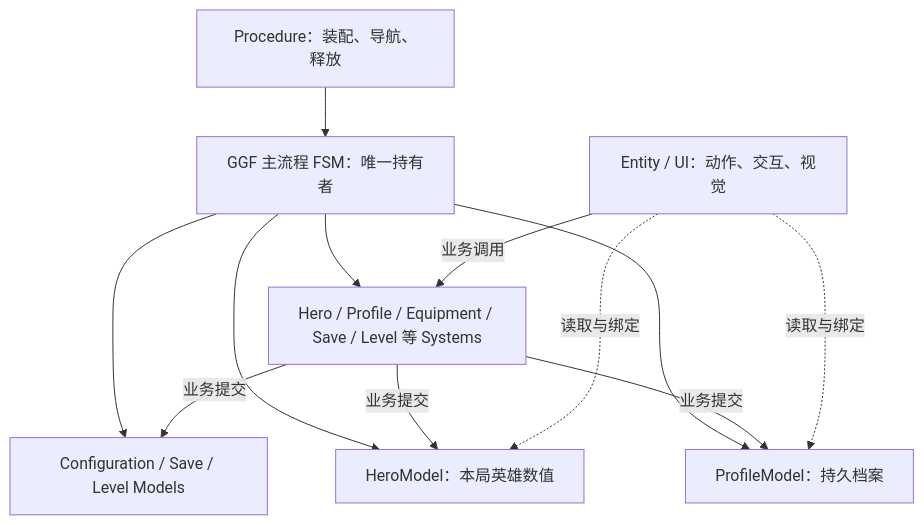
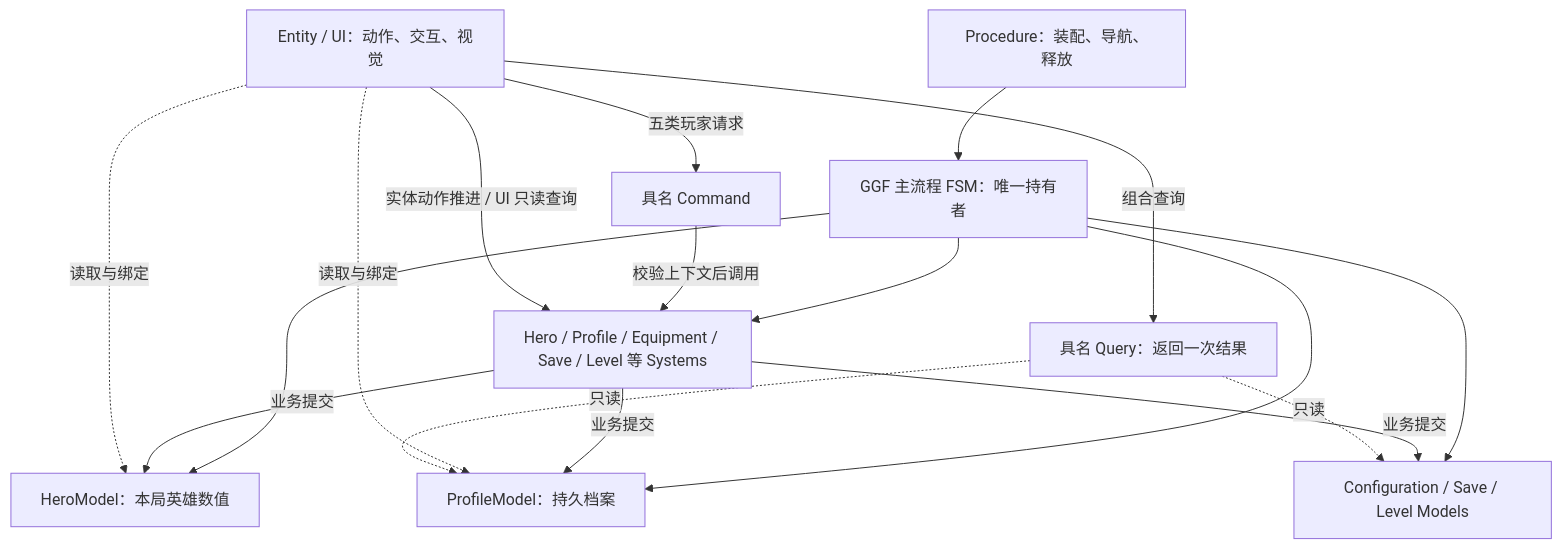
Before and after one commit to zheliku/GameZMXY: the first of 2 diagrams in Docs/ProjectTour.md, drawn with Mermaid. The commit also changed other lines of this file and 65 other files, not shown here.

Commit message:
refactor(architecture): 引入 Command/Query 并把技能施放状态与拾取规则收归各自归属。 同步更新架构、配置、实体、场景、存档与验证文档，并补充命令、查询、拾取收益。 与施放作用域的回归测试。

````diff
--- a/Docs/ProjectTour.md
+++ b/Docs/ProjectTour.md
@@ -57,14 +56,19 @@
 ```mermaid
 flowchart TD
     Procedure[Procedure：装配、导航、释放] --> FSM[GGF 主流程 FSM：唯一持有者]
     FSM --> Profile[ProfileModel：持久档案]
     FSM --> Hero[HeroModel：本局英雄数值]
     FSM --> Other[Configuration / Save / Level Models]
     FSM --> Systems[Hero / Profile / Equipment / Save / Level 等 Systems]
     Systems -->|业务提交| Profile
     Systems -->|业务提交| Hero
     Systems -->|业务提交| Other
     UI[Entity / UI：动作、交互、视觉] -.读取与绑定.-> Profile
     UI -.读取与绑定.-> Hero
-    UI -->|业务调用| Systems
+    UI -->|五类玩家请求| Commands[具名 Command]
+    Commands -->|校验上下文后调用| Systems
+    UI -->|组合查询| Queries[具名 Query：返回一次结果]
+    Queries -.只读.-> Profile
+    Queries -.只读.-> Other
+    UI -->|实体动作推进 / UI 只读查询| Systems
 ```
````
